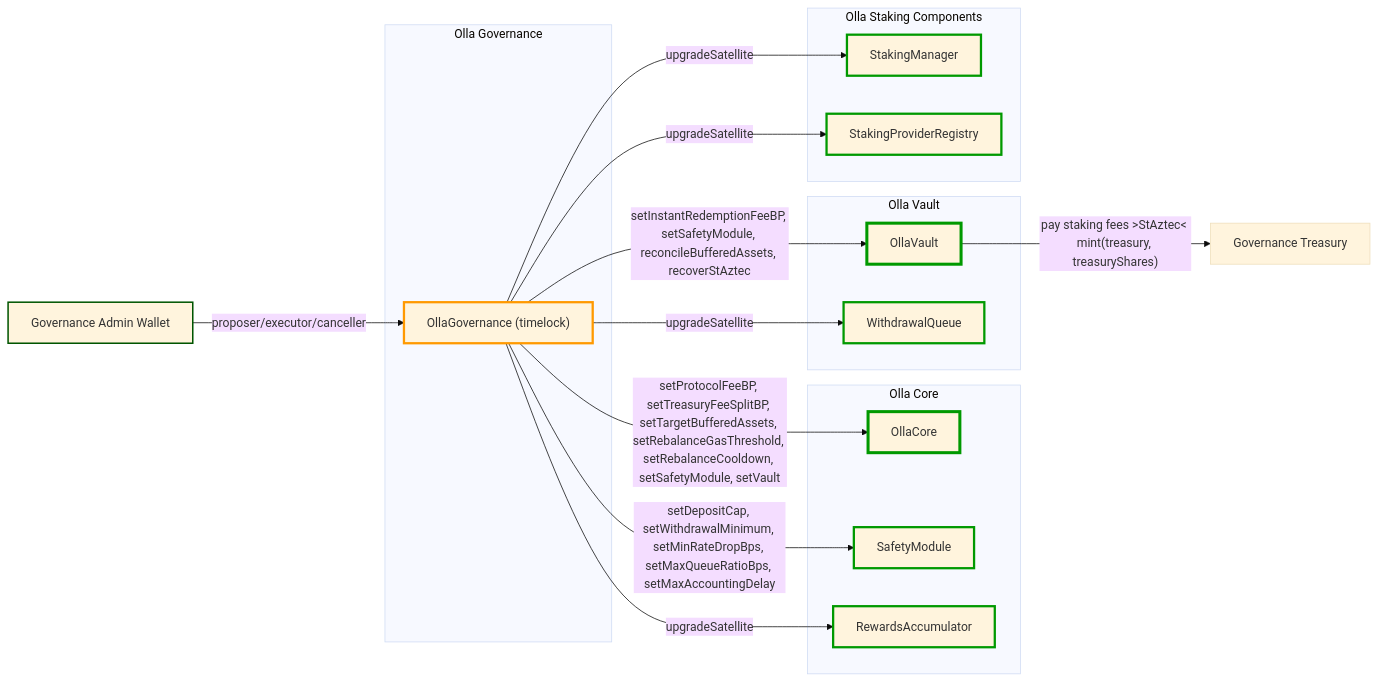
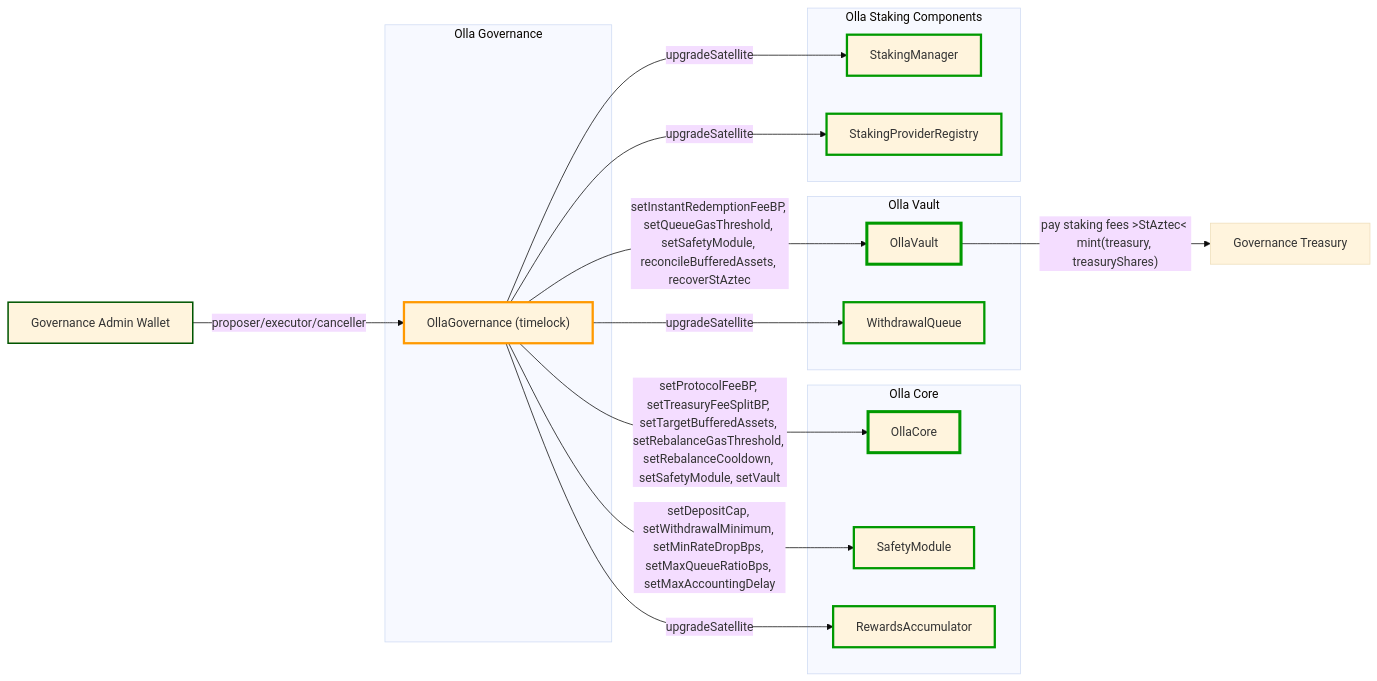
One commit to ollafinance/core changed the seventh of 7 diagrams in docs/architecture/overview.md. Above: the diagram before and after it, drawn with Mermaid (base theme). The commit also changed 33 other files, not shown here.

````diff
--- a/docs/architecture/overview.md
+++ b/docs/architecture/overview.md
@@ -376,46 +376,46 @@
 ```mermaid
 flowchart LR
 
 governanceAdminWallet[Governance Admin Wallet]
 treasury[Governance Treasury]
 
 subgraph "Olla Governance"
     ollaGov["OllaGovernance (timelock)"]
 end
 
 governanceAdminWallet -->|"proposer/executor/canceller"| ollaGov
 
 subgraph "Olla Core"
     core[OllaCore]
     safety[SafetyModule]
     rewards[RewardsAccumulator]
 end
 subgraph "Olla Vault"
     vault[OllaVault]
     withdrawQ[WithdrawalQueue]
 end
 subgraph "Olla Staking Components"
     stkMan[StakingManager]
     spr[StakingProviderRegistry]
 end
 
 ollaGov -->|"setProtocolFeeBP, setTreasuryFeeSplitBP, setTargetBufferedAssets, setRebalanceGasThreshold, setRebalanceCooldown, setSafetyModule, setVault"| core
-ollaGov -->|"setInstantRedemptionFeeBP, setSafetyModule, reconcileBufferedAssets, recoverStAztec"| vault
+ollaGov -->|"setInstantRedemptionFeeBP, setQueueGasThreshold, setSafetyModule, reconcileBufferedAssets, recoverStAztec"| vault
 ollaGov -->|"setDepositCap, setWithdrawalMinimum, setMinRateDropBps, setMaxQueueRatioBps, setMaxAccountingDelay"| safety
 ollaGov -->|"upgradeSatellite"| withdrawQ
 ollaGov -->|"upgradeSatellite"| rewards
 ollaGov -->|"upgradeSatellite"| stkMan
 ollaGov -->|"upgradeSatellite"| spr
 
 vault -->|"pay staking fees >StAztec< mint(treasury, treasuryShares)"| treasury
 
 style governanceAdminWallet stroke:#050,stroke-width:2px
 style ollaGov stroke:#f90,stroke-width:3px
 style core stroke:#090,stroke-width:4px
 style vault stroke:#090,stroke-width:4px
 style safety stroke:#090,stroke-width:3px
 style rewards stroke:#090,stroke-width:3px
 style stkMan stroke:#090,stroke-width:3px
 style spr stroke:#090,stroke-width:3px
 style withdrawQ stroke:#090,stroke-width:3px
 ```
````
